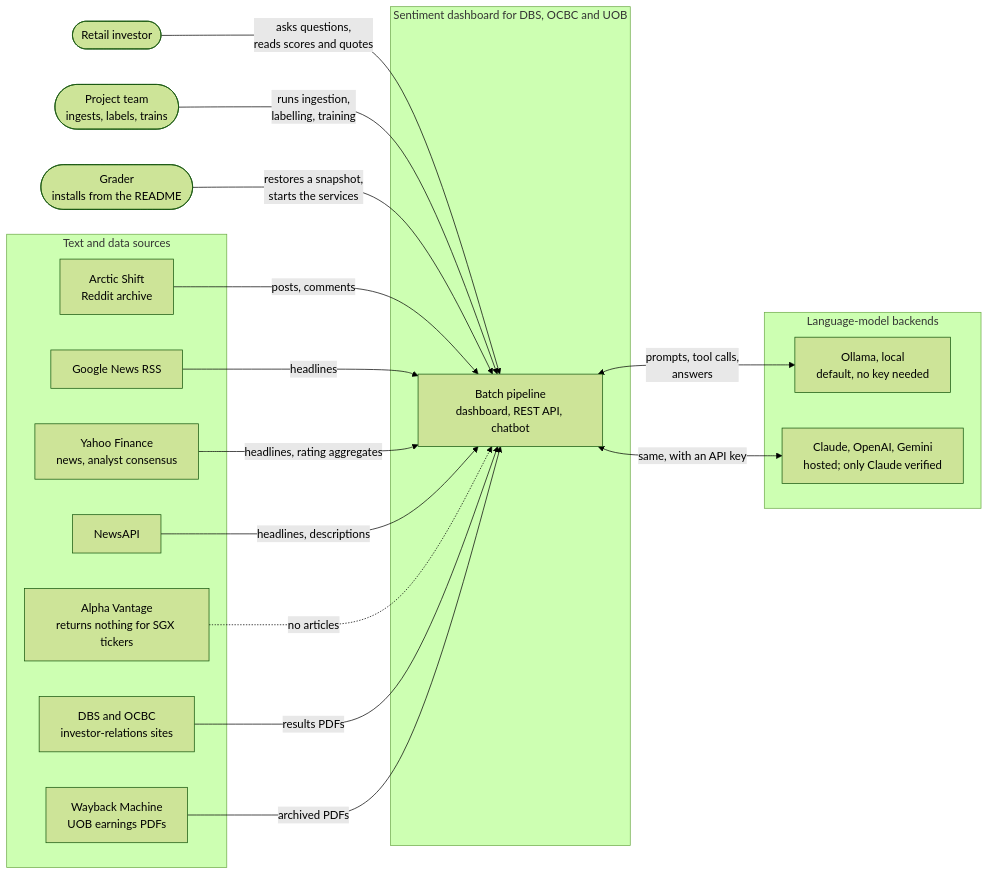
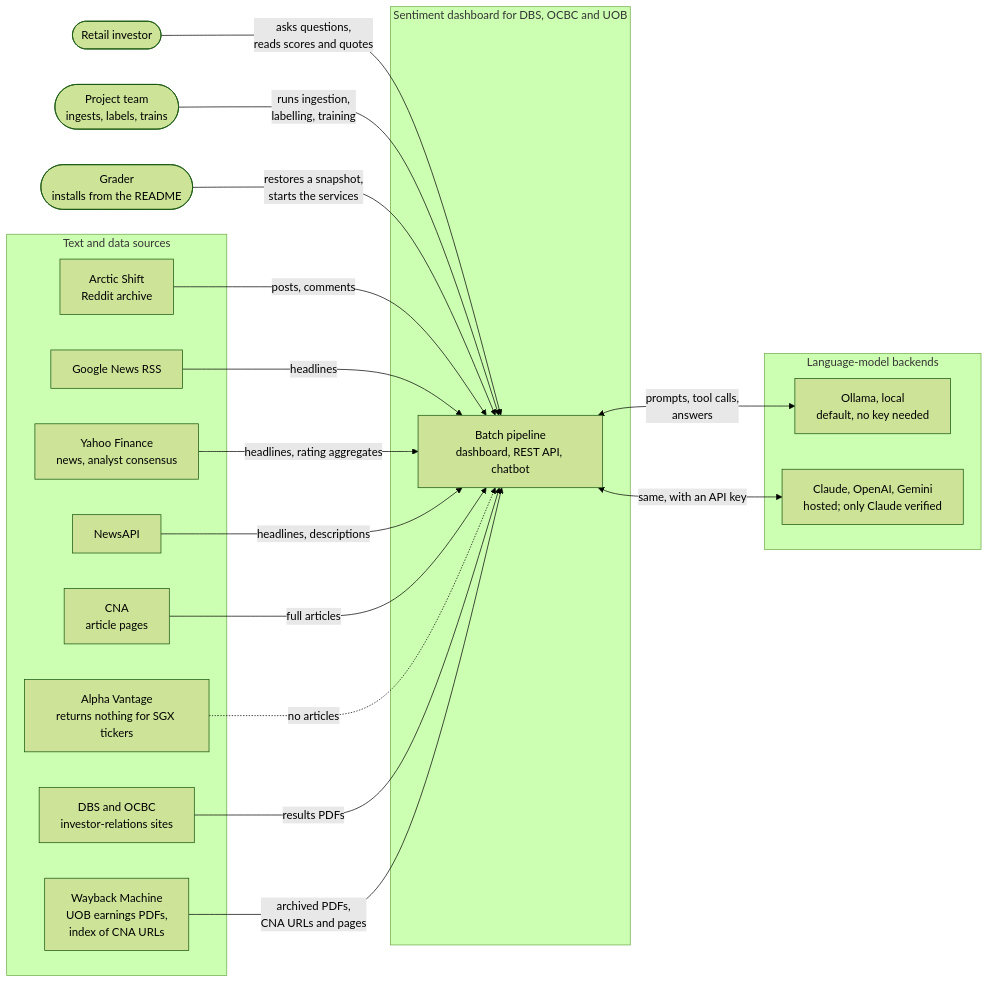
The diagram in docs/diagrams/01-system-context.md (Gavingyh/plp-project), drawn with Mermaid (forest theme) before and after one commit. The commit also changed other lines of this file and 26 other files, not shown here.

First line of the commit message:
Document the CNA load and show CNA in the diagrams

````diff
--- a/docs/diagrams/01-system-context.md
+++ b/docs/diagrams/01-system-context.md
@@ -7,43 +7,45 @@
 ```mermaid
 flowchart LR
   accTitle: System context
   accDescr: The sentiment system with its three kinds of user, its five text and data sources, and its four model backends.
 
   investor(["Retail investor"])
   team(["Project team<br/>ingests, labels, trains"])
   grader(["Grader<br/>installs from the README"])
 
   subgraph sys["Sentiment dashboard for DBS, OCBC and UOB"]
     core["Batch pipeline<br/>dashboard, REST API, chatbot"]
   end
 
   subgraph sources["Text and data sources"]
     reddit["Arctic Shift<br/>Reddit archive"]
     gnews["Google News RSS"]
     yahoo["Yahoo Finance<br/>news, analyst consensus"]
     newsapi["NewsAPI"]
+    cna["CNA<br/>article pages"]
     av["Alpha Vantage<br/>returns nothing for SGX tickers"]
     ir["DBS and OCBC<br/>investor-relations sites"]
-    wayback["Wayback Machine<br/>UOB earnings PDFs"]
+    wayback["Wayback Machine<br/>UOB earnings PDFs,<br/>index of CNA URLs"]
   end
 
   subgraph llms["Language-model backends"]
     ollama["Ollama, local<br/>default, no key needed"]
     hosted["Claude, OpenAI, Gemini<br/>hosted; only Claude verified"]
   end
 
   investor -- "asks questions,<br/>reads scores and quotes" --> core
   team -- "runs ingestion,<br/>labelling, training" --> core
   grader -- "restores a snapshot,<br/>starts the services" --> core
 
   reddit -- "posts, comments" --> core
   gnews -- "headlines" --> core
   yahoo -- "headlines, rating aggregates" --> core
   newsapi -- "headlines, descriptions" --> core
+  cna -- "full articles" --> core
   av -. "no articles" .-> core
   ir -- "results PDFs" --> core
-  wayback -- "archived PDFs" --> core
+  wayback -- "archived PDFs,<br/>CNA URLs and pages" --> core
 
   core <-- "prompts, tool calls,<br/>answers" --> ollama
   core <-- "same, with an API key" --> hosted
 ```
````
